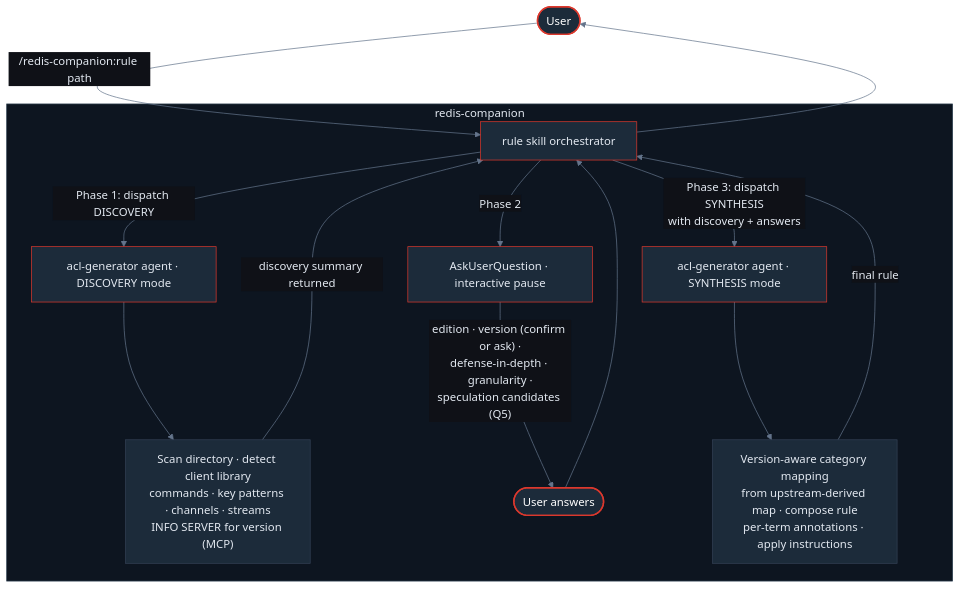
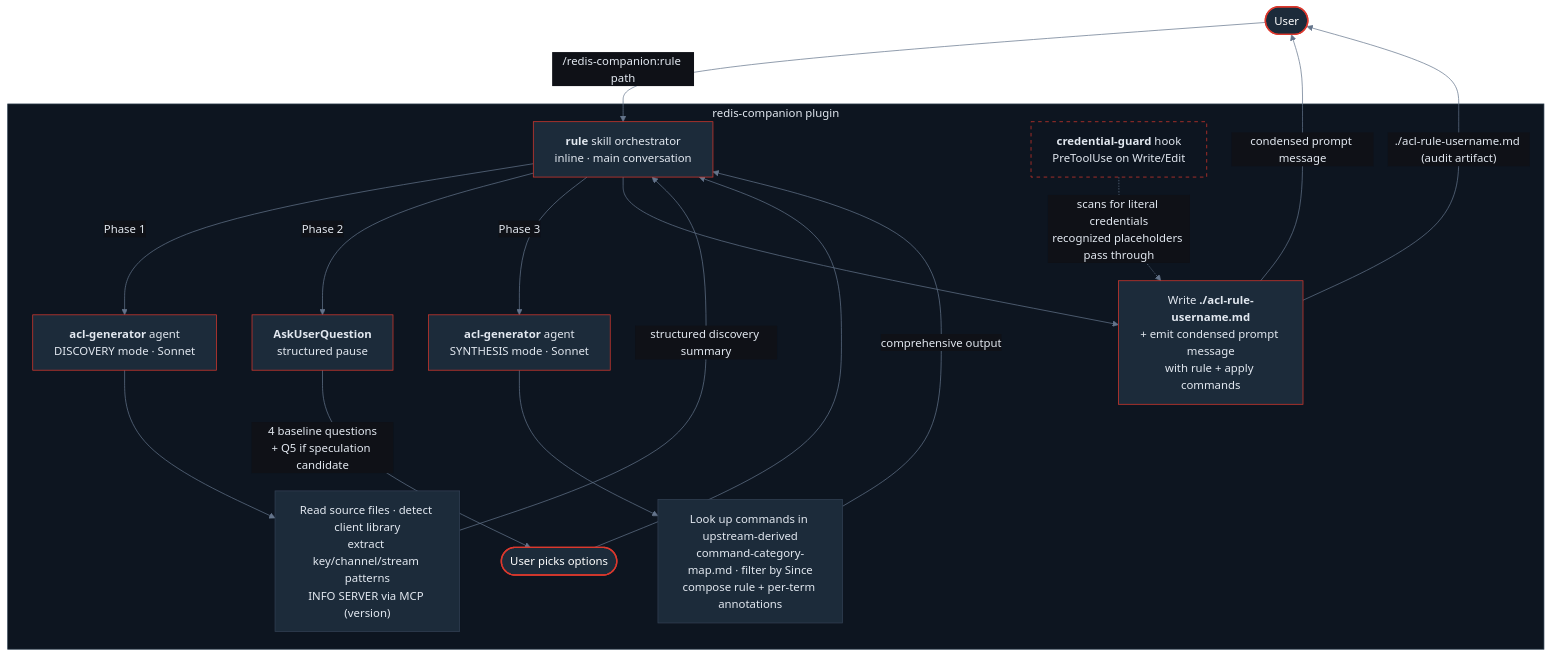
Before and after one commit to mjtrapani/redis-companion: the diagram in README.md, drawn with Mermaid. The commit also changed other lines of this file and 3 other files, not shown here.

First line of the commit message:
docs: v0.4.8 — holistic README/BUILD_YOUR_OWN refresh for shipped architecture

````diff
--- a/README.md
+++ b/README.md
@@ -132,25 +132,34 @@
 ```mermaid
 %%{init: {'theme': 'base', 'themeVariables': {'background': '#0f1117', 'primaryColor': '#1c2b3a', 'primaryTextColor': '#e2e8f0', 'primaryBorderColor': '#334155', 'lineColor': '#64748b', 'secondaryColor': '#1c2b3a', 'tertiaryColor': '#0d1520', 'clusterBkg': '#0d1520', 'clusterBorder': '#2d3f50', 'titleColor': '#e2e8f0', 'edgeLabelBackground': '#0f1117'}}}%%
 flowchart TD
     classDef entry  fill:#1c2b3a,stroke:#DC382D,stroke-width:2px,color:#fff
     classDef red    fill:#1c2b3a,stroke:#DC382D,stroke-width:1px,color:#e2e8f0
     classDef node   fill:#1c2b3a,stroke:#334155,color:#e2e8f0
-    classDef gate   fill:#0d1520,stroke:#334155,color:#cbd5e1
+    classDef hook   fill:#0d1520,stroke:#DC382D,stroke-dasharray: 5 5,color:#e2e8f0
 
     U([User]):::entry -->|"/redis-companion:rule path"| S
 
-    subgraph P["redis-companion"]
-        S[rule skill orchestrator]:::red
-        S -->|"Phase 1: dispatch DISCOVERY"| A1[acl-generator agent · DISCOVERY mode]:::red
-        A1 --> SCAN["Scan directory · detect client library\ncommands · key patterns · channels · streams\nINFO SERVER for version (MCP)"]:::node
-        SCAN -->|"discovery summary returned"| S
-        S -->|"Phase 2"| ASK[AskUserQuestion · interactive pause]:::red
-        ASK -->|"edition · version (confirm or ask) ·\ndefense-in-depth · granularity ·\nspeculation candidates (Q5)"| USER([User answers]):::entry
+    subgraph P["redis-companion plugin"]
+        S["<b>rule</b> skill orchestrator<br>inline · main conversation"]:::red
+
+        S -->|Phase 1| A1["<b>acl-generator</b> agent<br>DISCOVERY mode · Sonnet"]:::red
+        A1 --> SCAN["Read source files · detect client library<br>extract key/channel/stream patterns<br>INFO SERVER via MCP (version)"]:::node
+        SCAN -->|"structured discovery summary"| S
+
+        S -->|Phase 2| ASK["<b>AskUserQuestion</b><br>structured pause"]:::red
+        ASK -->|"4 baseline questions<br>+ Q5 if speculation candidate"| USER([User picks options]):::entry
         USER --> S
-        S -->|"Phase 3: dispatch SYNTHESIS\nwith discovery + answers"| A2[acl-generator agent · SYNTHESIS mode]:::red
-        A2 --> SYNTH["Version-aware category mapping\nfrom upstream-derived map · compose rule\nper-term annotations · apply instructions"]:::node
-        SYNTH -->|"final rule"| S
+
+        S -->|Phase 3| A2["<b>acl-generator</b> agent<br>SYNTHESIS mode · Sonnet"]:::red
+        A2 --> SYNTH["Look up commands in upstream-derived<br>command-category-map.md · filter by Since<br>compose rule + per-term annotations"]:::node
+        SYNTH -->|"comprehensive output"| S
+
+        S --> W["Write <b>./acl-rule-username.md</b><br>+ emit condensed prompt message<br>with rule + apply commands"]:::red
+
+        H["<b>credential-guard</b> hook<br>PreToolUse on Write/Edit"]:::hook
+        H -.->|"scans for literal credentials<br>recognized placeholders pass through"| W
     end
 
-    S --> U
+    W -->|"condensed prompt message"| U
+    W -->|"./acl-rule-username.md (audit artifact)"| U
 ```
````
